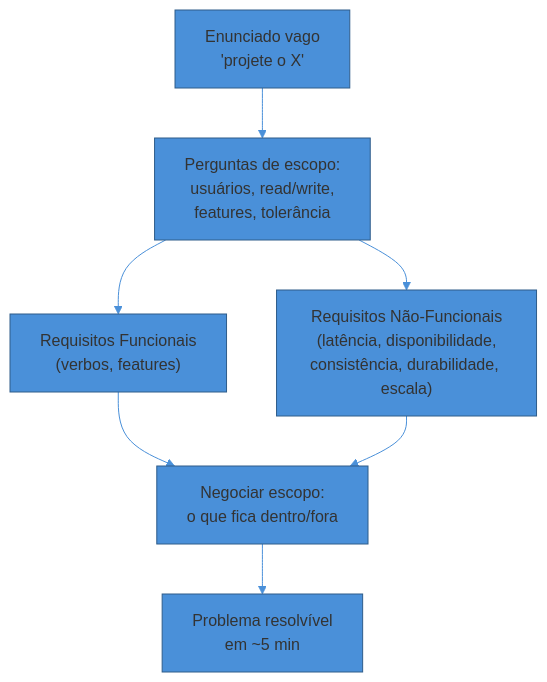
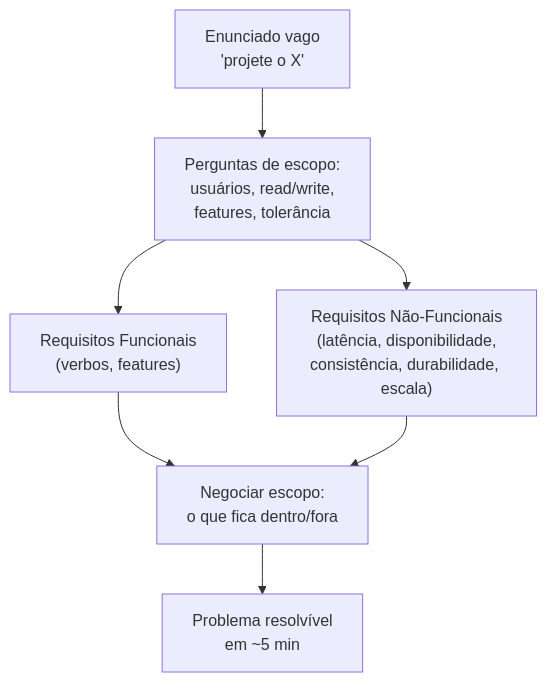
One commit to josenaldo/codex-technomanticus changed the diagram in 03-Dominios/Engenharia/Arquitetura/System Design/1 - Framework de entrevista/02 - Clarificar requisitos.md. Above: the diagram before and after it, drawn with Mermaid. The commit also changed 1181 other files, not shown here.

First line of the commit message:
fix(diagramas): paleta do sistema no lugar de cor cravada no markdown

````diff
--- a/03-Dominios/Engenharia/Arquitetura/System Design/1 - Framework de entrevista/02 - Clarificar requisitos.md
+++ b/03-Dominios/Engenharia/Arquitetura/System Design/1 - Framework de entrevista/02 - Clarificar requisitos.md
@@ -77,10 +77,9 @@
 ```mermaid
-%%{init: {"theme": "base", "themeVariables": {"primaryColor": "#4A90D9", "primaryBorderColor": "#2E5C8A", "lineColor": "#4A90D9"}}}%%
 graph TD
     Q["Enunciado vago<br/>'projete o X'"] --> P1["Perguntas de escopo:<br/>usuários, read/write,<br/>features, tolerância"]
     P1 --> RF["Requisitos Funcionais<br/>(verbos, features)"]
     P1 --> RNF["Requisitos Não-Funcionais<br/>(latência, disponibilidade,<br/>consistência, durabilidade, escala)"]
     RF --> NEG["Negociar escopo:<br/>o que fica dentro/fora"]
     RNF --> NEG
     NEG --> OUT["Problema resolvível<br/>em ~5 min"]
 ```
````
